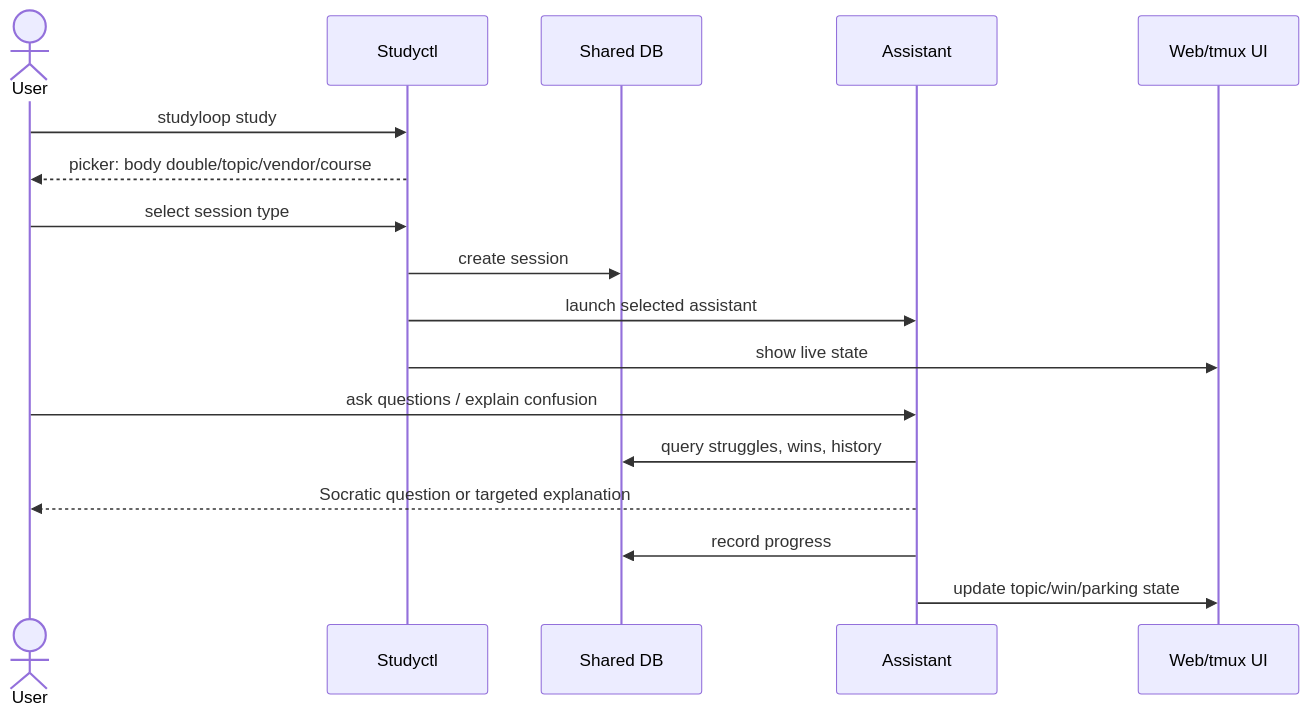
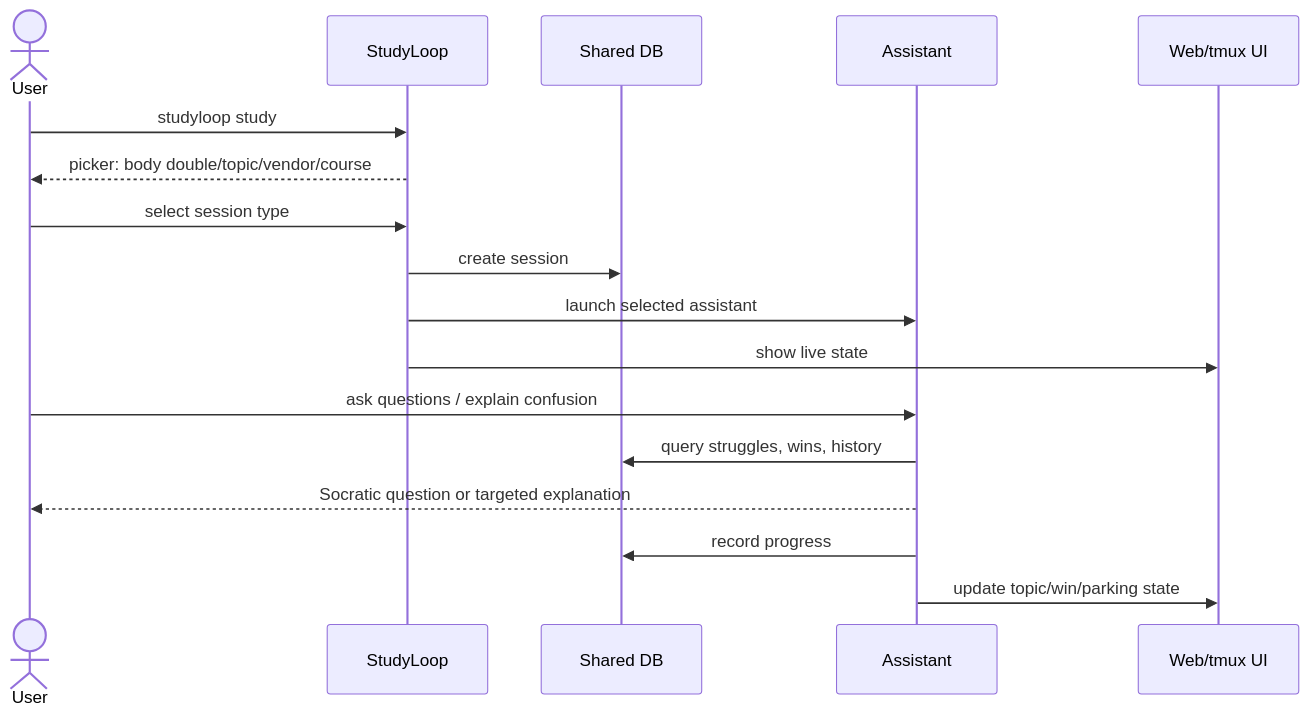
One commit to NetDevAutomate/StudyLoop changed the second of 4 diagrams in docs/system-overview.md. Above: the diagram before and after it, drawn with Mermaid. The commit also changed other lines of this file and 12 other files, not shown here.

````diff
--- a/docs/system-overview.md
+++ b/docs/system-overview.md
@@ -73,20 +73,20 @@
 ```mermaid
 sequenceDiagram
     actor User
-    participant Studyctl
+    participant StudyLoop
     participant DB as Shared DB
     participant Agent as Assistant
     participant UI as Web/tmux UI
 
-    User->>Studyctl: studyloop study
-    Studyctl-->>User: picker: body double/topic/vendor/course
-    User->>Studyctl: select session type
-    Studyctl->>DB: create session
-    Studyctl->>Agent: launch selected assistant
-    Studyctl->>UI: show live state
+    User->>StudyLoop: studyloop study
+    StudyLoop-->>User: picker: body double/topic/vendor/course
+    User->>StudyLoop: select session type
+    StudyLoop->>DB: create session
+    StudyLoop->>Agent: launch selected assistant
+    StudyLoop->>UI: show live state
     User->>Agent: ask questions / explain confusion
     Agent->>DB: query struggles, wins, history
     Agent-->>User: Socratic question or targeted explanation
     Agent->>DB: record progress
     Agent->>UI: update topic/win/parking state
 ```
````
